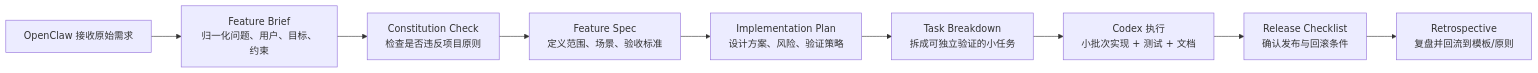
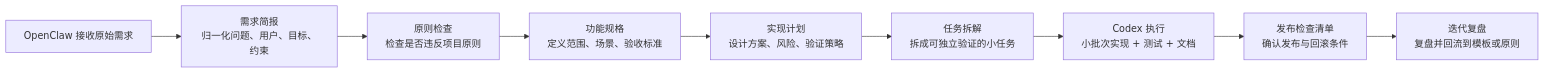
The diagram in README.md (weiqinghang/openclaw-codex-product-os-seed), drawn with Mermaid before and after one commit. The commit also changed other lines of this file and 46 other files, not shown here.

````diff
--- a/README.md
+++ b/README.md
@@ -34,11 +28,11 @@
 ```mermaid
 flowchart LR
-    A["OpenClaw 接收原始需求"] --> B["Feature Brief\n归一化问题、用户、目标、约束"]
-    B --> C["Constitution Check\n检查是否违反项目原则"]
-    C --> D["Feature Spec\n定义范围、场景、验收标准"]
-    D --> E["Implementation Plan\n设计方案、风险、验证策略"]
-    E --> F["Task Breakdown\n拆成可独立验证的小任务"]
+    A["OpenClaw 接收原始需求"] --> B["需求简报\n归一化问题、用户、目标、约束"]
+    B --> C["原则检查\n检查是否违反项目原则"]
+    C --> D["功能规格\n定义范围、场景、验收标准"]
+    D --> E["实现计划\n设计方案、风险、验证策略"]
+    E --> F["任务拆解\n拆成可独立验证的小任务"]
     F --> G["Codex 执行\n小批次实现 + 测试 + 文档"]
-    G --> H["Release Checklist\n确认发布与回滚条件"]
-    H --> I["Retrospective\n复盘并回流到模板/原则"]
+    G --> H["发布检查清单\n确认发布与回滚条件"]
+    H --> I["迭代复盘\n复盘并回流到模板或原则"]
 ```
````
